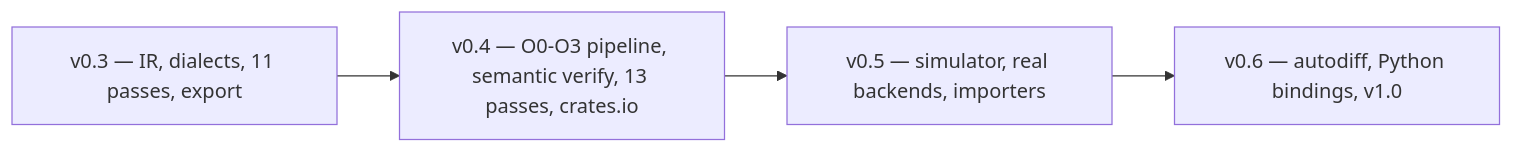
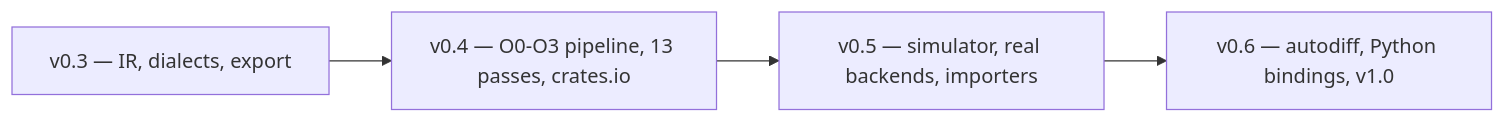
One commit to rustnew/Litf-IR changed the second of 2 diagrams in README.md. Above: the diagram before and after it, drawn with Mermaid. The commit also changed other lines of this file, not shown here.

````diff
--- a/README.md
+++ b/README.md
@@ -473,8 +238,8 @@
 ```mermaid
 flowchart LR
-    V3["v0.3 — IR, dialects, 11 passes, export"]
-    V4["v0.4 — O0-O3 pipeline, semantic verify, 13 passes, crates.io"]
+    V3["v0.3 — IR, dialects, export"]
+    V4["v0.4 — O0-O3 pipeline, 13 passes, crates.io"]
     V5["v0.5 — simulator, real backends, importers"]
     V6["v0.6 — autodiff, Python bindings, v1.0"]
     V3 --> V4 --> V5 --> V6
 ```
````
